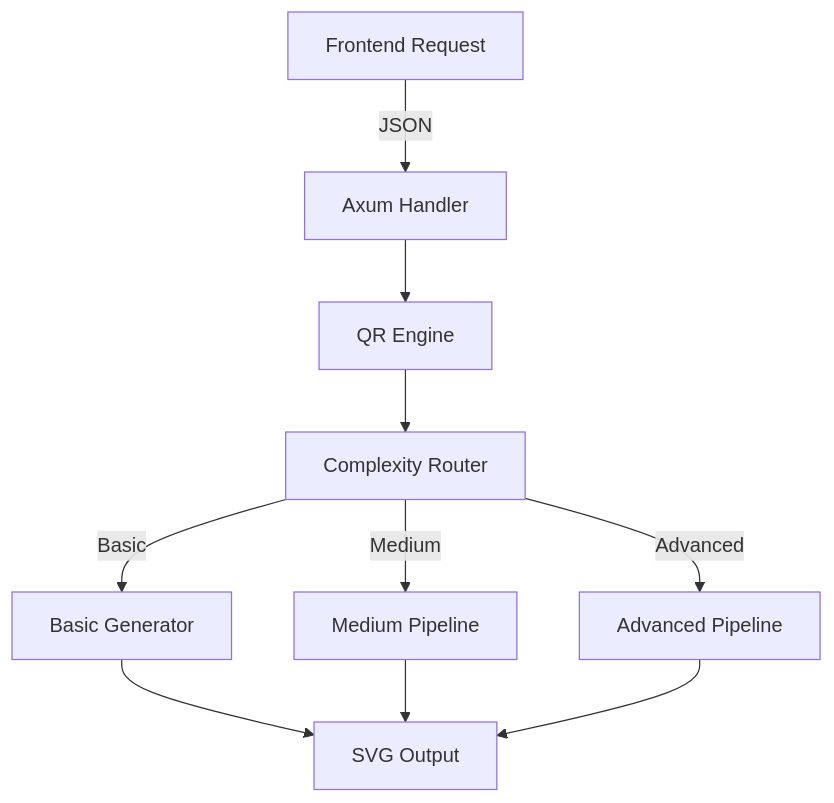
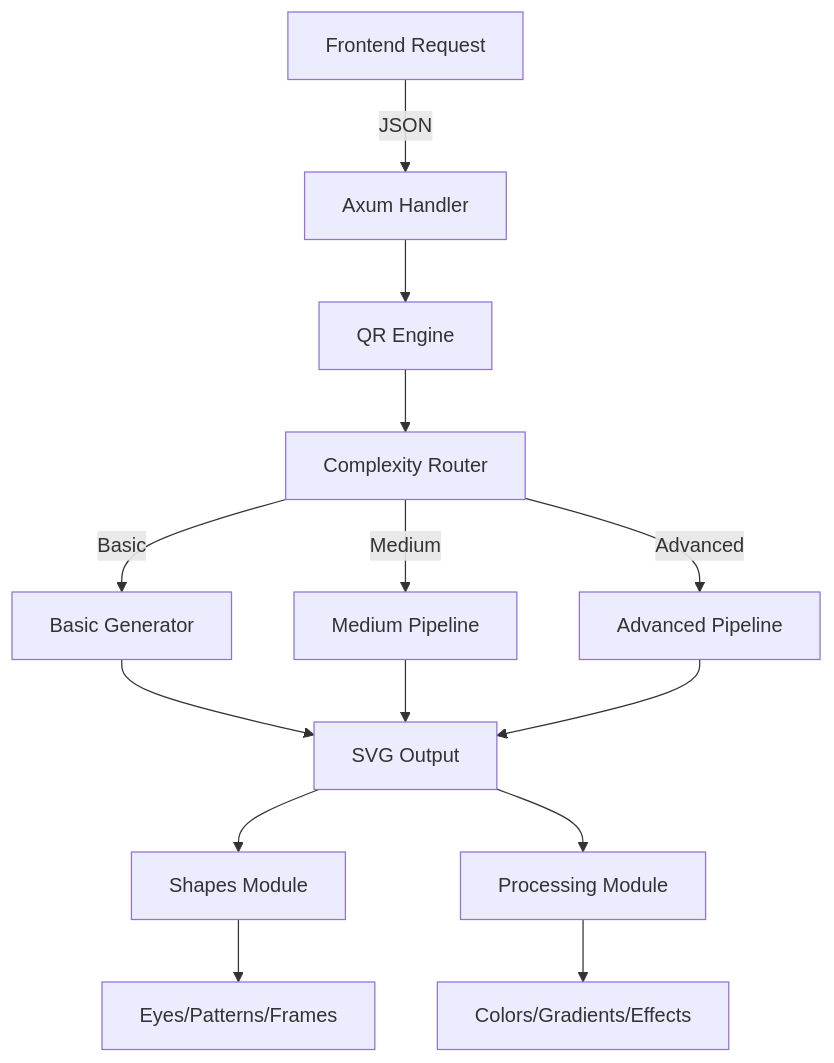
The diagram in QR_ENGINE_PROGRESS.md (capta1nfire/Codex), drawn with Mermaid before and after one commit. The commit also changed other lines of this file and 12 other files, not shown here.

````diff
--- a/QR_ENGINE_PROGRESS.md
+++ b/QR_ENGINE_PROGRESS.md
@@ -126,12 +198,16 @@
 ```mermaid
 graph TD
     A[Frontend Request] -->|JSON| B[Axum Handler]
     B --> C[QR Engine]
     C --> D[Complexity Router]
     D -->|Basic| E[Basic Generator]
     D -->|Medium| F[Medium Pipeline]
     D -->|Advanced| G[Advanced Pipeline]
     E --> H[SVG Output]
     F --> H
     G --> H
+    H --> I[Shapes Module]
+    H --> J[Processing Module]
+    I --> K[Eyes/Patterns/Frames]
+    J --> L[Colors/Gradients/Effects]
 ```
````
